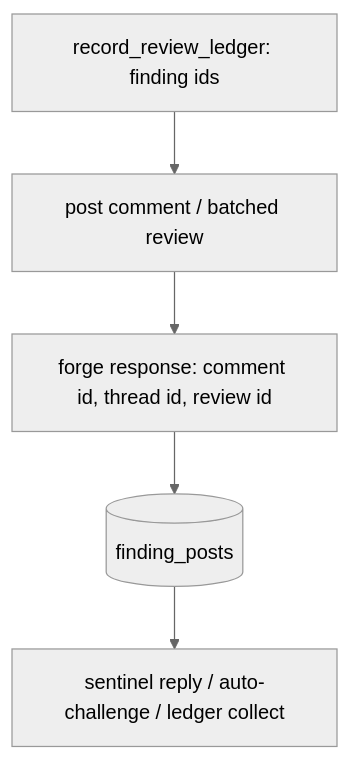
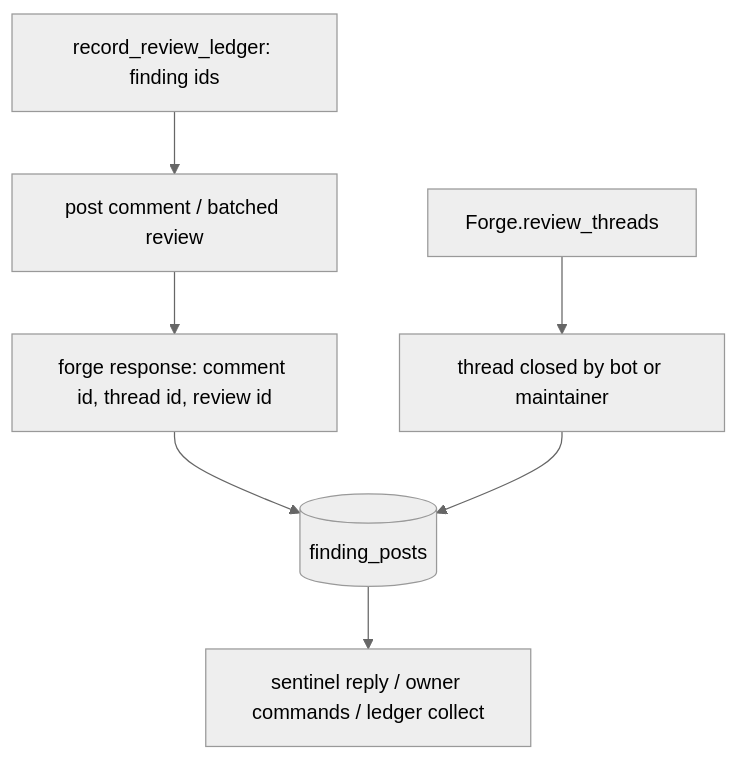
The diagram in docs/specs/2026-10-19_SP-FINDING-THREAD-IDS_persist-forge-thread-ids-per-finding.md (repoachhq/repoach), drawn with Mermaid (neutral theme) before and after one commit. The commit also changed other lines of this file and 2 other files, not shown here.

Commit message:
docs(specs): approve SP-FINDING-THREAD-IDS with its plan

````diff
--- a/docs/specs/2026-10-19_SP-FINDING-THREAD-IDS_persist-forge-thread-ids-per-finding.md
+++ b/docs/specs/2026-10-19_SP-FINDING-THREAD-IDS_persist-forge-thread-ids-per-finding.md
@@ -153,7 +232,9 @@
 ```mermaid
 flowchart TD
     R[record_review_ledger: finding ids] --> P[post comment / batched review]
     P --> F[forge response: comment id, thread id, review id]
     F --> T[(finding_posts)]
-    T --> S[sentinel reply / auto-challenge / ledger collect]
+    T --> S[sentinel reply / owner commands / ledger collect]
+    G[Forge.review_threads] --> C[thread closed by bot or maintainer]
+    C --> T
 ```
````
